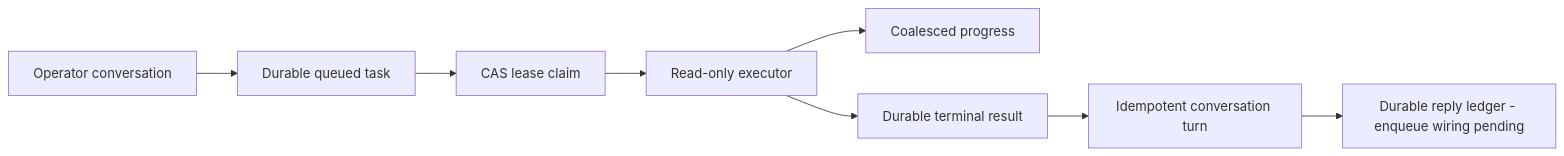
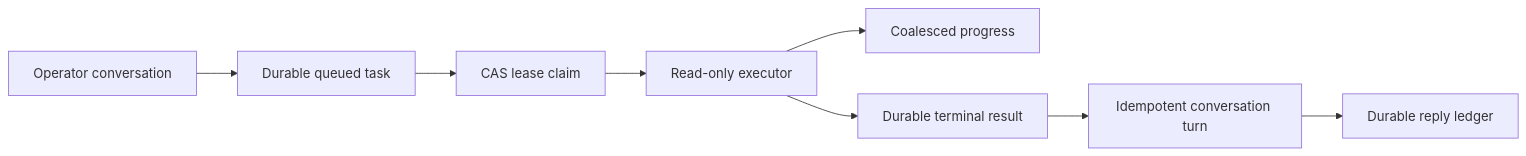
Before and after one commit to dotnetpower/fdai: the diagram in docs/roadmap/interfaces/background-task-sessions.md, drawn with Mermaid. The commit also changed other lines of this file and 84 other files, not shown here.

````diff
--- a/docs/roadmap/interfaces/background-task-sessions.md
+++ b/docs/roadmap/interfaces/background-task-sessions.md
@@ -22,10 +21,10 @@
 ```mermaid
 flowchart LR
     USER[Operator conversation] --> CREATE[Durable queued task]
     CREATE --> CLAIM[CAS lease claim]
     CLAIM --> RUN[Read-only executor]
     RUN --> PROGRESS[Coalesced progress]
     RUN --> RESULT[Durable terminal result]
     RESULT --> TURN[Idempotent conversation turn]
-    TURN --> DELIVERY[Durable reply ledger - enqueue wiring pending]
+    TURN --> DELIVERY[Durable reply ledger]
 ```
````
